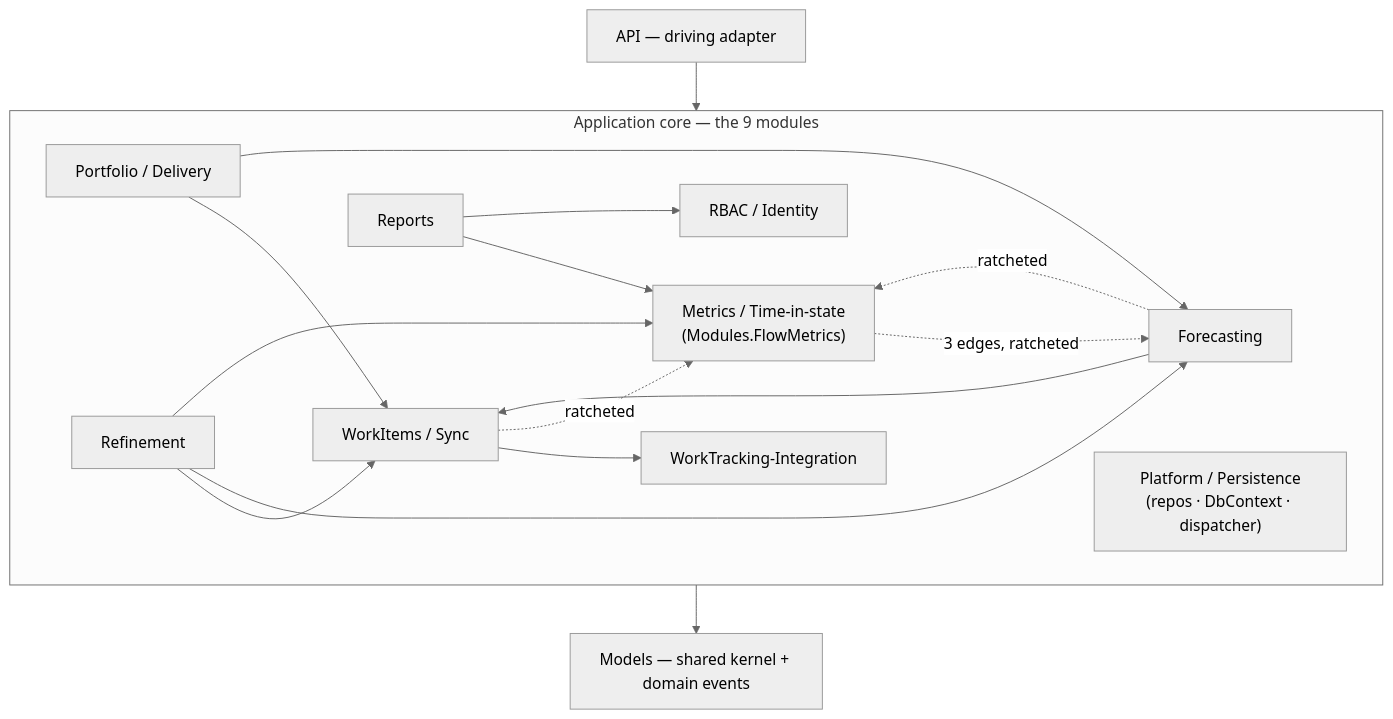
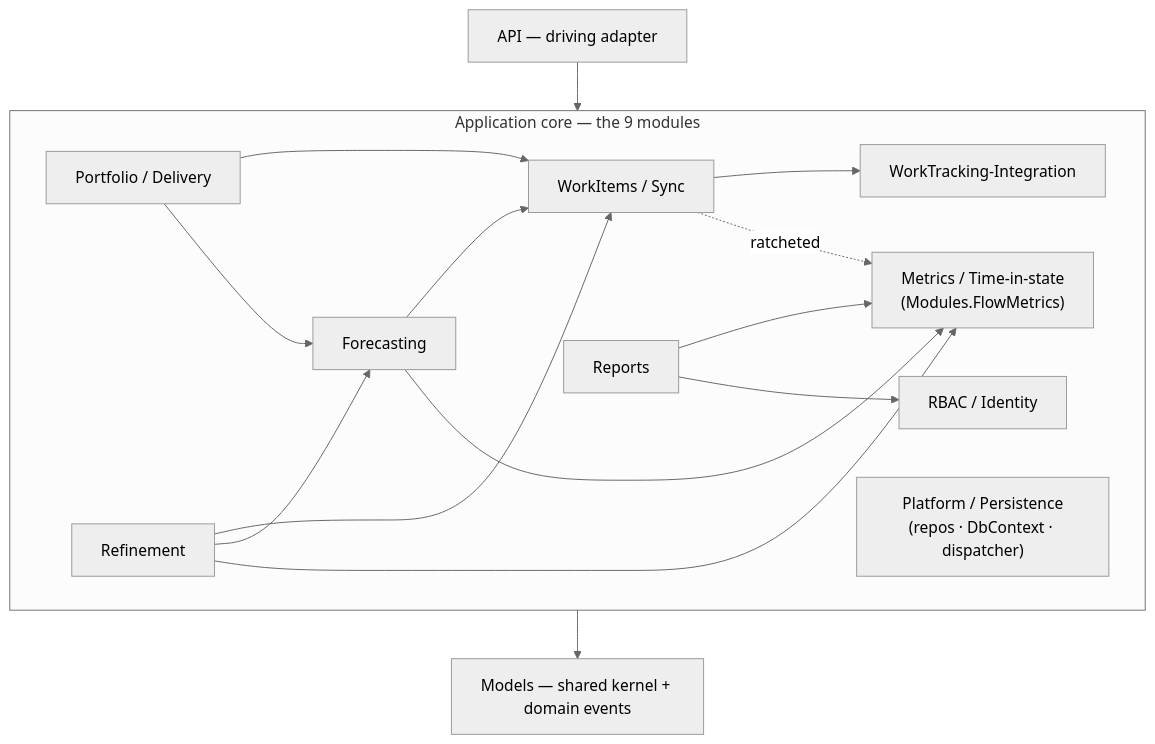
One commit to LetPeopleWork/Lighthouse changed the second of 4 diagrams in ARCHITECTURE.md. Above: the diagram before and after it, drawn with Mermaid (neutral theme). The commit also changed other lines of this file and 5 other files, not shown here.

````diff
--- a/ARCHITECTURE.md
+++ b/ARCHITECTURE.md
@@ -113,30 +113,29 @@
 ```mermaid
 graph TD
   API["API — driving adapter"]
   subgraph CORE["Application core — the 9 modules"]
     WT["WorkTracking-Integration"]
     SYNC["WorkItems / Sync"]
     FC["Forecasting"]
     PD["Portfolio / Delivery"]
     MET["Metrics / Time-in-state<br/>(Modules.FlowMetrics)"]
     RBAC["RBAC / Identity"]
     PLAT["Platform / Persistence<br/>(repos · DbContext · dispatcher)"]
     REF["Refinement"]
     REP["Reports"]
   end
   KERNEL["Models — shared kernel + domain events"]
   API --> CORE
   CORE --> KERNEL
   SYNC --> WT
   PD --> SYNC
   PD --> FC
   FC --> SYNC
+  FC --> MET
   REF --> SYNC
   REF --> FC
   REF --> MET
   REP --> MET
   REP --> RBAC
-  MET -.->|"3 edges, ratcheted"| FC
-  FC -.->|"ratcheted"| MET
   SYNC -.->|"ratcheted"| MET
 ```
````
